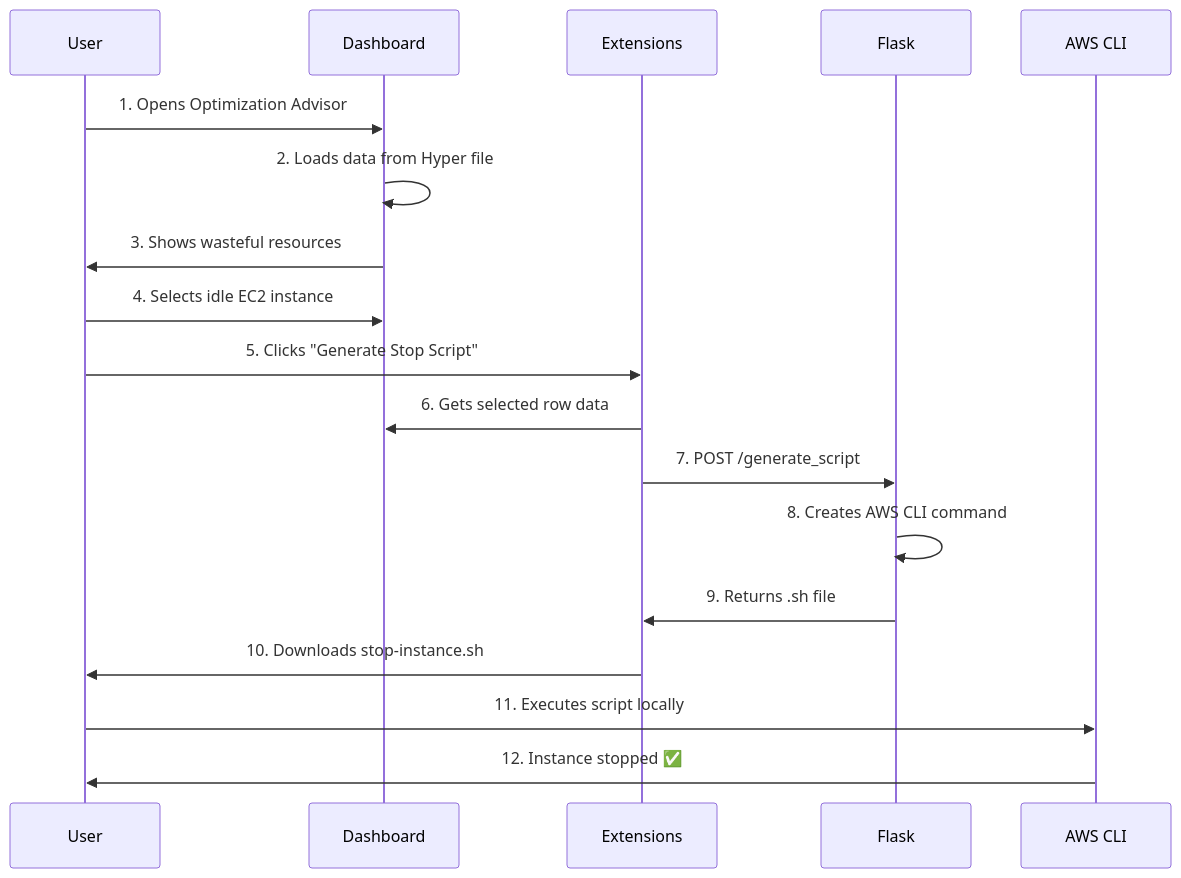
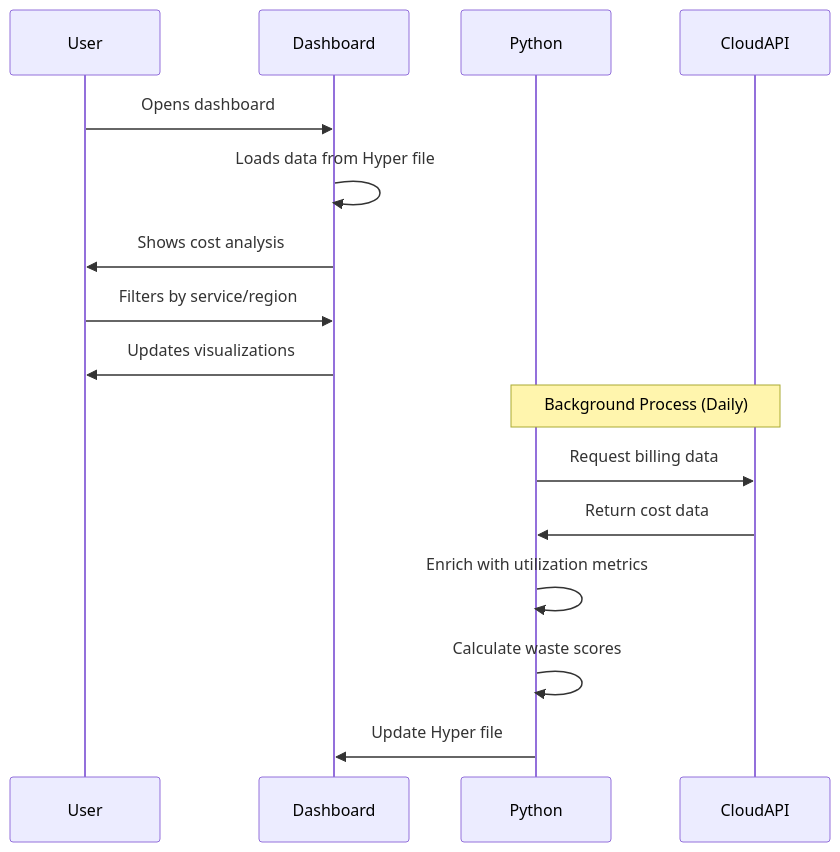
The second of 3 diagrams in README.md (SuchithraChandrasekaran/cloudcost-tracker), drawn with Mermaid before and after one commit. The commit also changed other lines of this file, not shown here.

````diff
--- a/README.md
+++ b/README.md
@@ -168,21 +100,20 @@
 ```mermaid
 sequenceDiagram
     participant User
     participant Dashboard
-    participant Extensions
-    participant Flask
-    participant AWS CLI
+    participant Python
+    participant CloudAPI
 
-    User->>Dashboard: 1. Opens Optimization Advisor
-    Dashboard->>Dashboard: 2. Loads data from Hyper file
-    Dashboard->>User: 3. Shows wasteful resources
-    User->>Dashboard: 4. Selects idle EC2 instance
-    User->>Extensions: 5. Clicks "Generate Stop Script"
-    Extensions->>Dashboard: 6. Gets selected row data
-    Extensions->>Flask: 7. POST /generate_script
-    Flask->>Flask: 8. Creates AWS CLI command
-    Flask->>Extensions: 9. Returns .sh file
-    Extensions->>User: 10. Downloads stop-instance.sh
-    User->>AWS CLI: 11. Executes script locally
-    AWS CLI->>User: 12. Instance stopped ✅
+    User->>Dashboard: Opens dashboard
+    Dashboard->>Dashboard: Loads data from Hyper file
+    Dashboard->>User: Shows cost analysis
+    User->>Dashboard: Filters by service/region
+    Dashboard->>User: Updates visualizations
+    
+    Note over Python,CloudAPI: Background Process (Daily)
+    Python->>CloudAPI: Request billing data
+    CloudAPI->>Python: Return cost data
+    Python->>Python: Enrich with utilization metrics
+    Python->>Python: Calculate waste scores
+    Python->>Dashboard: Update Hyper file
 ```
````
